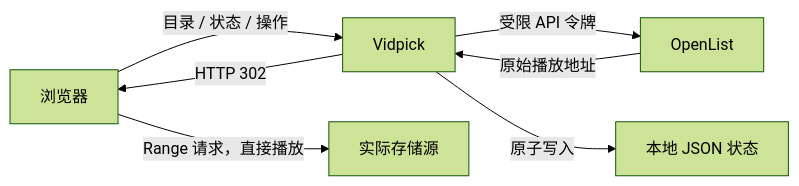
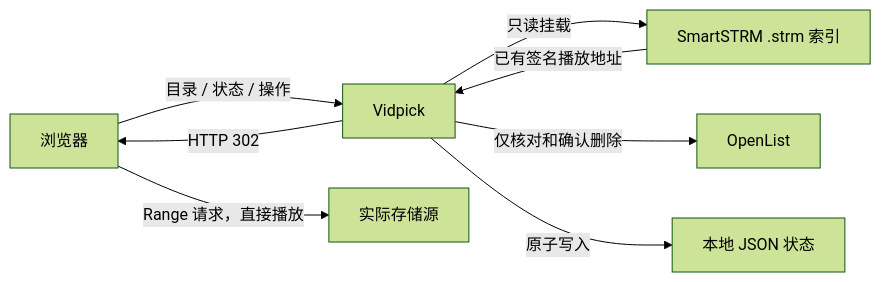
The diagram in README.md (siyuanxu/vidpick), drawn with Mermaid (forest theme) before and after one commit. The commit also changed other lines of this file and 5 other files, not shown here.

Commit message:
Use SmartSTRM as the fast video index

````diff
--- a/README.md
+++ b/README.md
@@ -26,9 +26,10 @@
 ```mermaid
 flowchart LR
     A["浏览器"] -->|"目录 / 状态 / 操作"| B["Vidpick"]
-    B -->|"受限 API 令牌"| C["OpenList"]
-    C -->|"原始播放地址"| B
+    B -->|"只读挂载"| C["SmartSTRM .strm 索引"]
+    C -->|"已有签名播放地址"| B
+    B -->|"仅核对和确认删除"| D["OpenList"]
     B -->|"HTTP 302"| A
-    A -->|"Range 请求，直接播放"| D["实际存储源"]
-    B -->|"原子写入"| E["本地 JSON 状态"]
+    A -->|"Range 请求，直接播放"| E["实际存储源"]
+    B -->|"原子写入"| F["本地 JSON 状态"]
 ```
````
